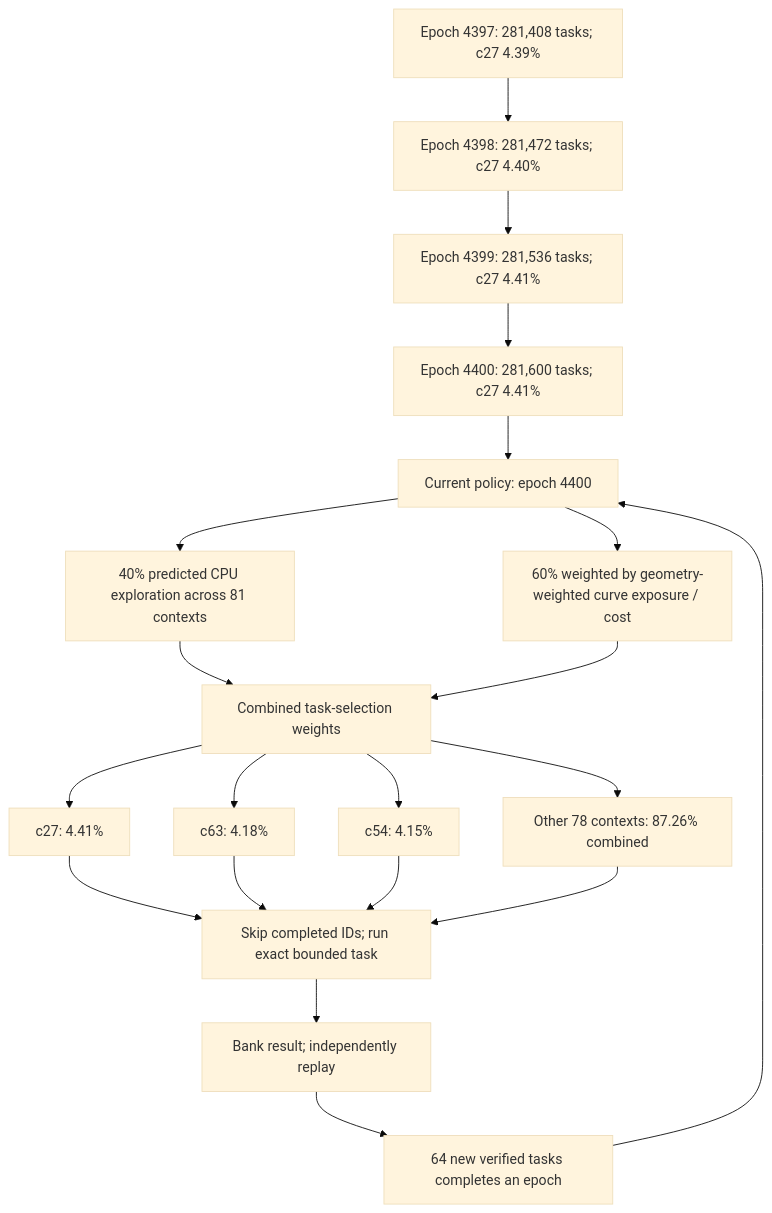
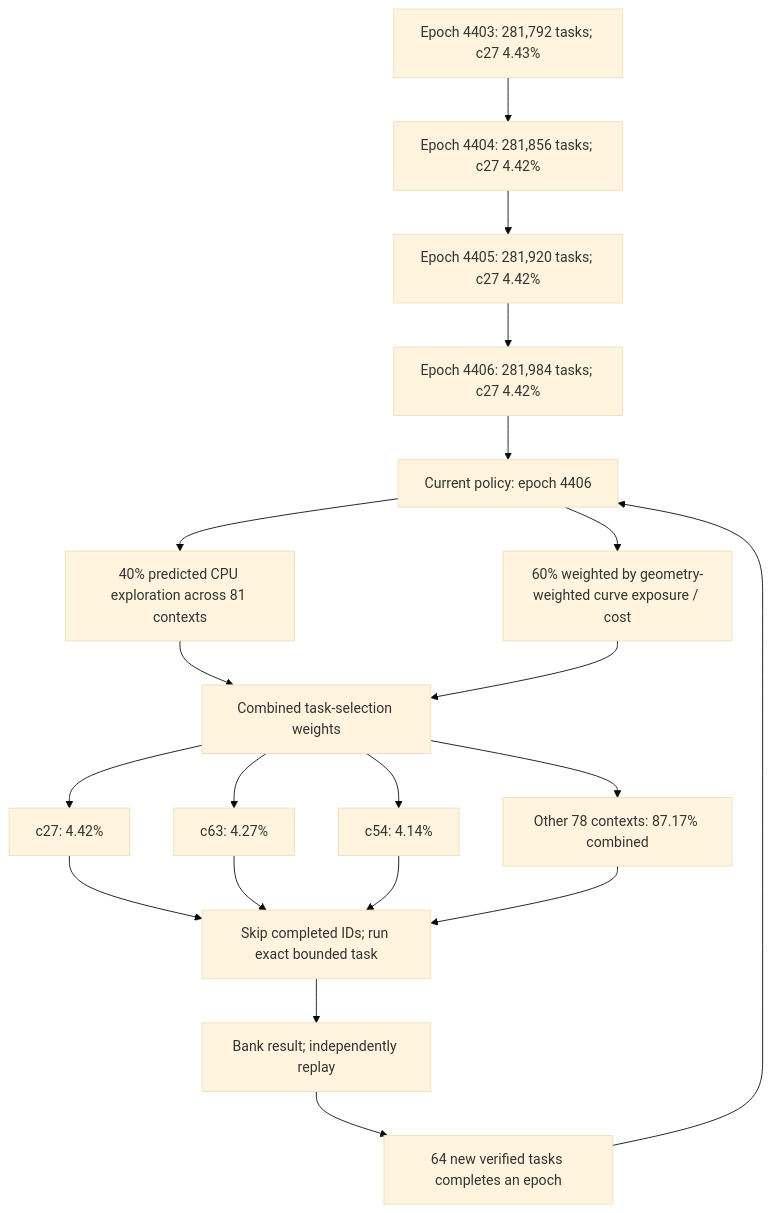
The first of 3 diagrams in README.md (Kuberwastaken/math-gambling), drawn with Mermaid (base theme) before and after one commit. The commit also changed other lines of this file and 3048 other files, not shown here.

````diff
--- a/README.md
+++ b/README.md
@@ -60,27 +60,27 @@
 ```mermaid
 flowchart TD
-    H0["Epoch 4397: 281,408 tasks; c27 4.39%"]
-    H1["Epoch 4398: 281,472 tasks; c27 4.40%"]
+    H0["Epoch 4403: 281,792 tasks; c27 4.43%"]
+    H1["Epoch 4404: 281,856 tasks; c27 4.42%"]
     H0 --> H1
-    H2["Epoch 4399: 281,536 tasks; c27 4.41%"]
+    H2["Epoch 4405: 281,920 tasks; c27 4.42%"]
     H1 --> H2
-    H3["Epoch 4400: 281,600 tasks; c27 4.41%"]
+    H3["Epoch 4406: 281,984 tasks; c27 4.42%"]
     H2 --> H3
-    Policy["Current policy: epoch 4400"]
+    Policy["Current policy: epoch 4406"]
     H3 --> Policy
     Policy --> Explore["40% predicted CPU exploration across 81 contexts"]
     Policy --> Cost["60% weighted by geometry-weighted curve exposure / cost"]
     Explore --> Mix["Combined task-selection weights"]
     Cost --> Mix
-    Mix --> C0["c27: 4.41%"]
-    Mix --> C1["c63: 4.18%"]
-    Mix --> C2["c54: 4.15%"]
-    Mix --> Rest["Other 78 contexts: 87.26% combined"]
+    Mix --> C0["c27: 4.42%"]
+    Mix --> C1["c63: 4.27%"]
+    Mix --> C2["c54: 4.14%"]
+    Mix --> Rest["Other 78 contexts: 87.17% combined"]
     C0 --> Check["Skip completed IDs; run exact bounded task"]
     C1 --> Check
     C2 --> Check
     Rest --> Check
     Check --> Replay["Bank result; independently replay"]
     Replay --> Gate["64 new verified tasks completes an epoch"]
     Gate --> Policy
 ```
````
